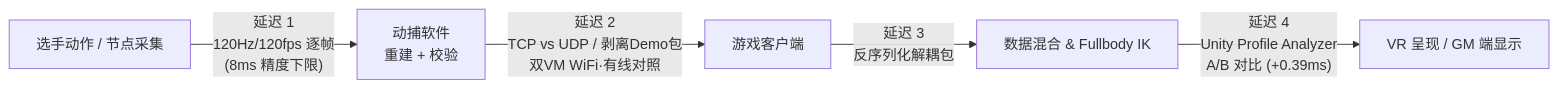
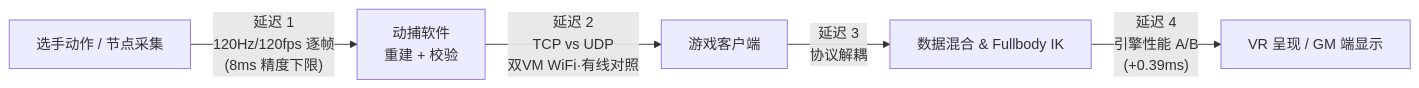
The diagram in 04-systems-benchmark-and-governance/README.md (feng46430-cloud/ai-engineering-portfolio), drawn with Mermaid before and after one commit. The commit also changed other lines of this file and 17 other files, not shown here.

````diff
--- a/04-systems-benchmark-and-governance/README.md
+++ b/04-systems-benchmark-and-governance/README.md
@@ -13,7 +24,7 @@
 ```mermaid
 flowchart LR
     P["选手动作 / 节点采集"] -- "延迟 1<br/>120Hz/120fps 逐帧<br/>(8ms 精度下限)" --> SW["动捕软件<br/>重建 + 校验"]
-    SW -- "延迟 2<br/>TCP vs UDP / 剥离Demo包<br/>双VM WiFi·有线对照" --> G["游戏客户端"]
-    G -- "延迟 3<br/>反序列化解耦包" --> IK["数据混合 & Fullbody IK"]
-    IK -- "延迟 4<br/>Unity Profile Analyzer<br/>A/B 对比 (+0.39ms)" --> VR["VR 呈现 / GM 端显示"]
+    SW -- "延迟 2<br/>TCP vs UDP<br/>双VM WiFi·有线对照" --> G["游戏客户端"]
+    G -- "延迟 3<br/>协议解耦" --> IK["数据混合 & Fullbody IK"]
+    IK -- "延迟 4<br/>引擎性能 A/B<br/>(+0.39ms)" --> VR["VR 呈现 / GM 端显示"]
 ```
````
